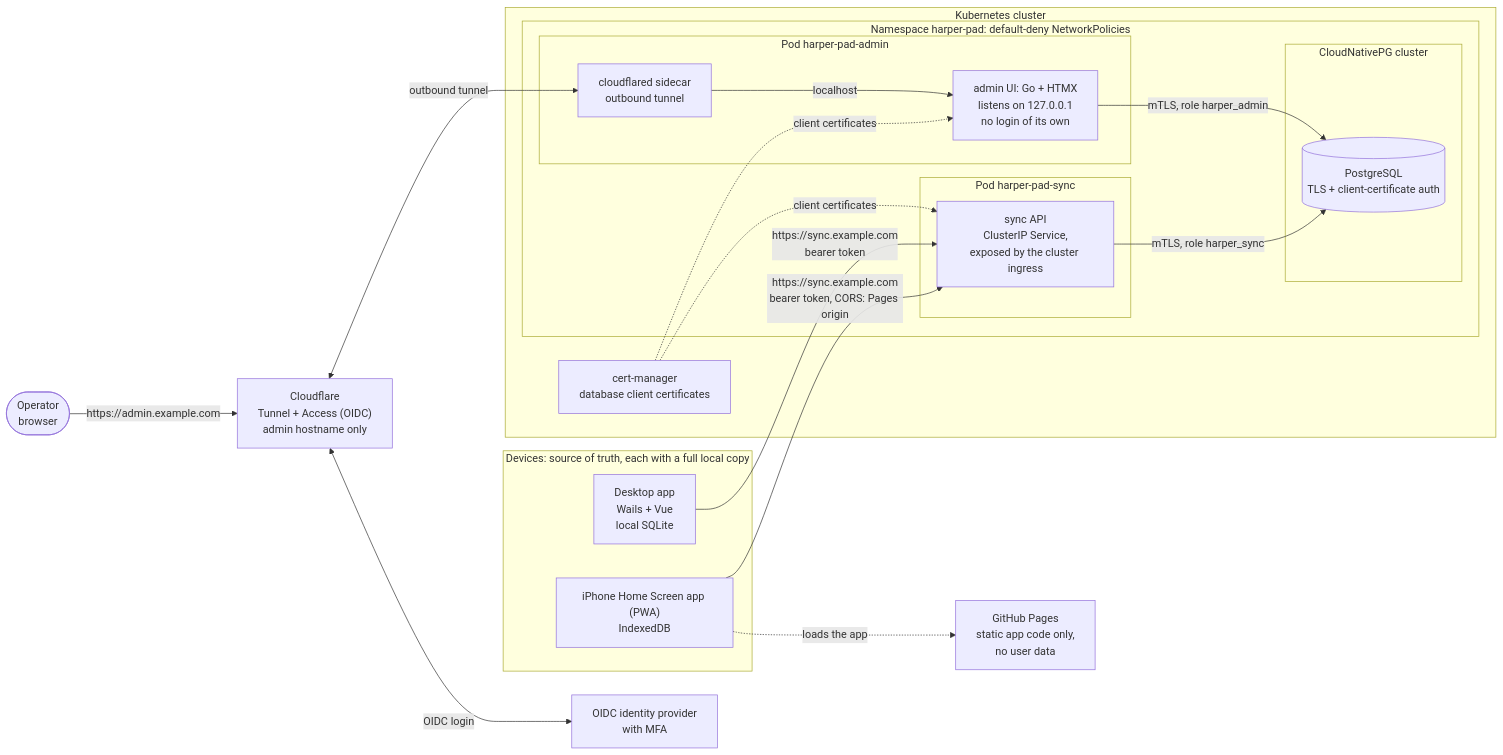
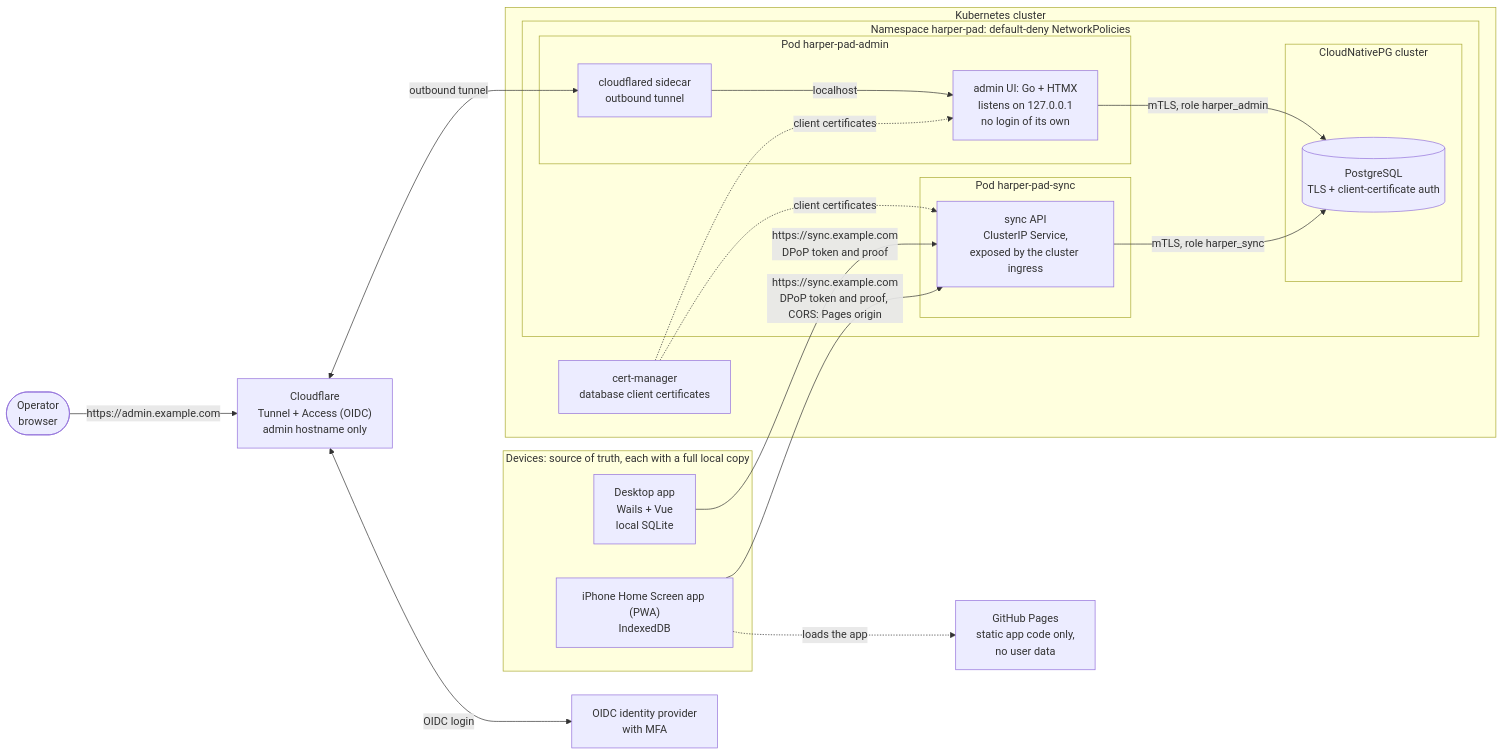
Before and after one commit to cthtrifork/harper-pad: the first of 5 diagrams in docs/sync.md, drawn with Mermaid. The commit also changed other lines of this file, not shown here.

First line of the commit message:
docs(sync): use DPoP and describe what the device key does and does not cover

````diff
--- a/docs/sync.md
+++ b/docs/sync.md
@@ -90,39 +90,39 @@
 ```mermaid
 flowchart LR
   subgraph clients["Devices: source of truth, each with a full local copy"]
     desktop["Desktop app<br/>Wails + Vue<br/>local SQLite"]
     pwa["iPhone Home Screen app (PWA)<br/>IndexedDB"]
   end
   pages["GitHub Pages<br/>static app code only,<br/>no user data"]
   operator(["Operator<br/>browser"])
   idp["OIDC identity provider<br/>with MFA"]
   cf["Cloudflare<br/>Tunnel + Access (OIDC)<br/>admin hostname only"]
 
   subgraph cluster["Kubernetes cluster"]
     cm["cert-manager<br/>database client certificates"]
     subgraph ns["Namespace harper-pad: default-deny NetworkPolicies"]
       subgraph apipod["Pod harper-pad-sync"]
         api["sync API<br/>ClusterIP Service,<br/>exposed by the cluster ingress"]
       end
       subgraph adminpod["Pod harper-pad-admin"]
         cfd["cloudflared sidecar<br/>outbound tunnel"]
         admin["admin UI: Go + HTMX<br/>listens on 127.0.0.1<br/>no login of its own"]
       end
       subgraph cnpg["CloudNativePG cluster"]
         pg[("PostgreSQL<br/>TLS + client-certificate auth")]
       end
     end
   end
 
   pwa -. "loads the app" .-> pages
-  desktop -->|"https://sync.example.com<br/>bearer token"| api
-  pwa -->|"https://sync.example.com<br/>bearer token, CORS: Pages origin"| api
+  desktop -->|"https://sync.example.com<br/>DPoP token and proof"| api
+  pwa -->|"https://sync.example.com<br/>DPoP token and proof, CORS: Pages origin"| api
   operator -->|"https://admin.example.com"| cf
   cf <-->|"OIDC login"| idp
   cf <-->|"outbound tunnel"| cfd
   cfd -->|"localhost"| admin
   api -->|"mTLS, role harper_sync"| pg
   admin -->|"mTLS, role harper_admin"| pg
   cm -. "client certificates" .-> api
   cm -. "client certificates" .-> admin
 ```
````
